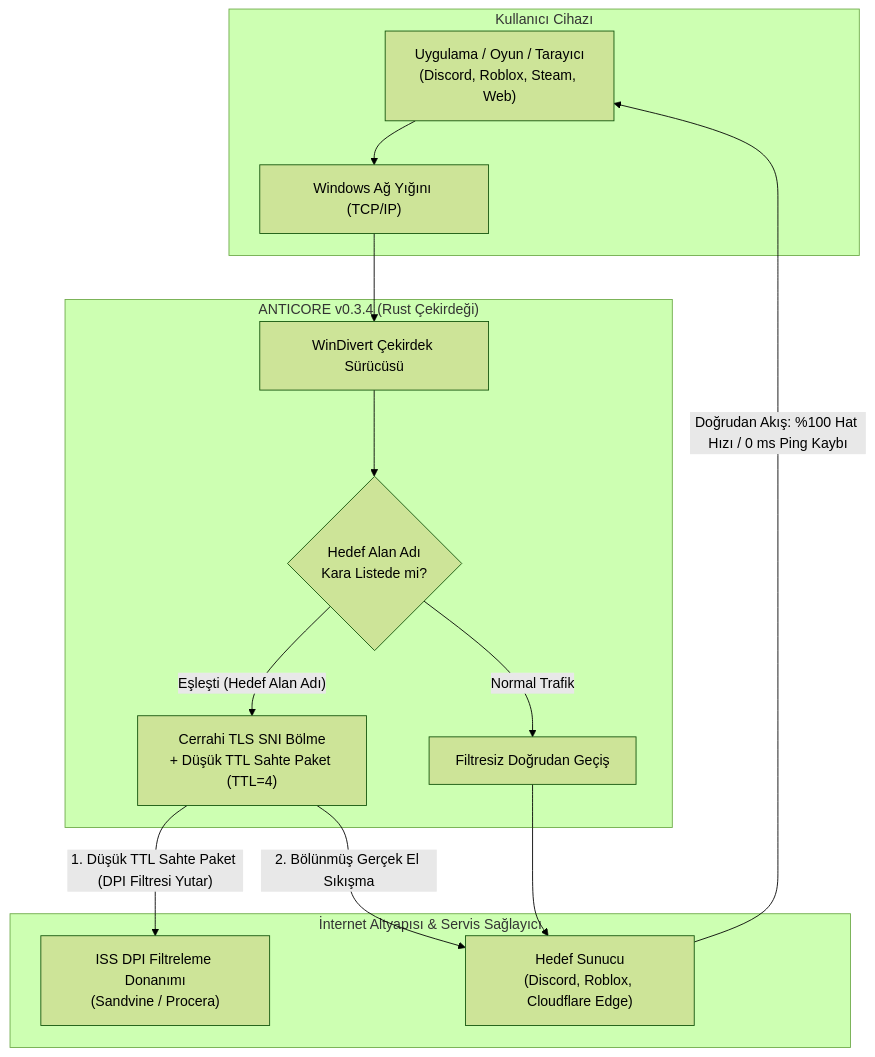
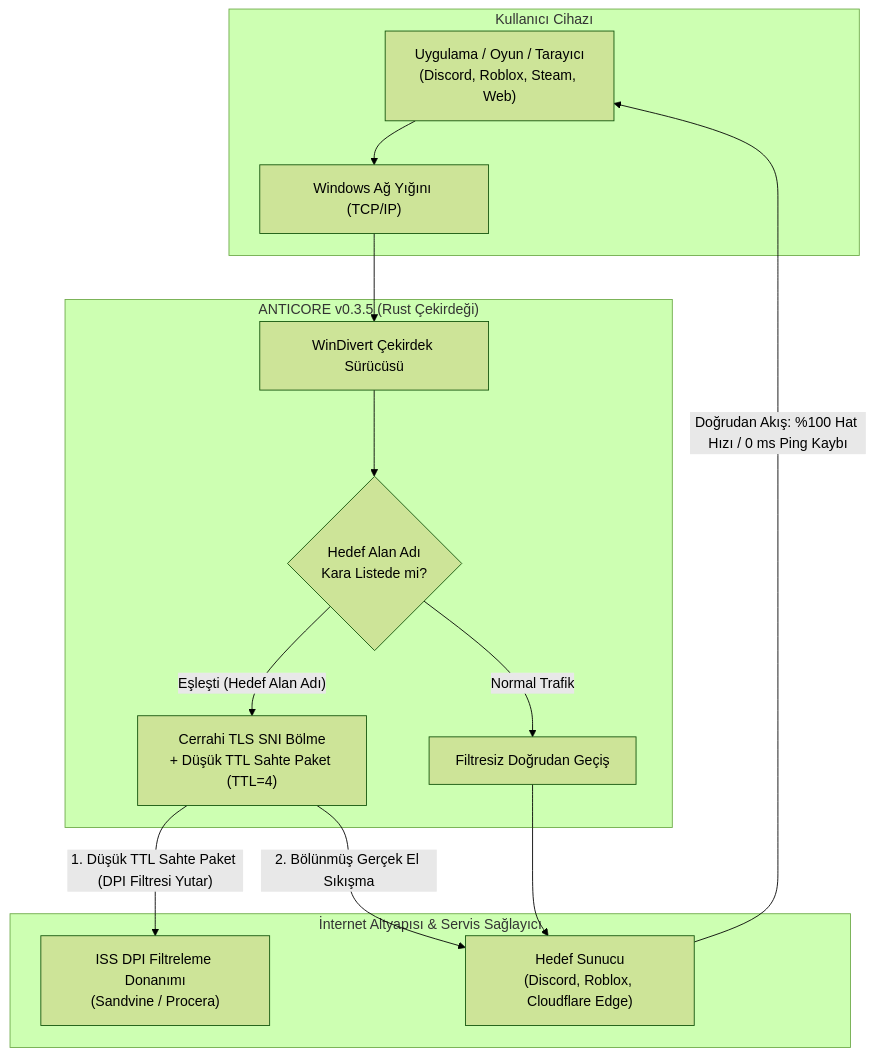
Before and after one commit to MonarchDevLab/Anticore: the diagram in README.md, drawn with Mermaid (forest theme). The commit also changed other lines of this file and 11 other files, not shown here.

````diff
--- a/README.md
+++ b/README.md
@@ -474,29 +459,29 @@
 ```mermaid
 flowchart TD
     subgraph Client["Kullanıcı Cihazı"]
         App["Uygulama / Oyun / Tarayıcı\n(Discord, Roblox, Steam, Web)"]
         TCPIP["Windows Ağ Yığını (TCP/IP)"]
     end
 
-    subgraph AnticoreEngine["ANTICORE v0.3.4 (Rust Çekirdeği)"]
+    subgraph AnticoreEngine["ANTICORE v0.3.5 (Rust Çekirdeği)"]
         WD["WinDivert Çekirdek Sürücüsü"]
         Check{"Hedef Alan Adı\nKara Listede mi?"}
         Manip["Cerrahi TLS SNI Bölme\n+ Düşük TTL Sahte Paket (TTL=4)"]
         Bypass["Filtresiz Doğrudan Geçiş"]
     end
 
     subgraph Net["İnternet Altyapısı & Servis Sağlayıcı"]
         ISP["ISS DPI Filtreleme Donanımı\n(Sandvine / Procera)"]
         Target["Hedef Sunucu\n(Discord, Roblox, Cloudflare Edge)"]
     end
 
     App --> TCPIP
     TCPIP --> WD
     WD --> Check
     Check -- "Eşleşti (Hedef Alan Adı)" --> Manip
     Check -- "Normal Trafik" --> Bypass
     Manip -- "1. Düşük TTL Sahte Paket (DPI Filtresi Yutar)" --> ISP
     Manip -- "2. Bölünmüş Gerçek El Sıkışma" --> Target
     Bypass --> Target
     Target -->|"Doğrudan Akış: %100 Hat Hızı / 0 ms Ping Kaybı"| App
 ```
````
